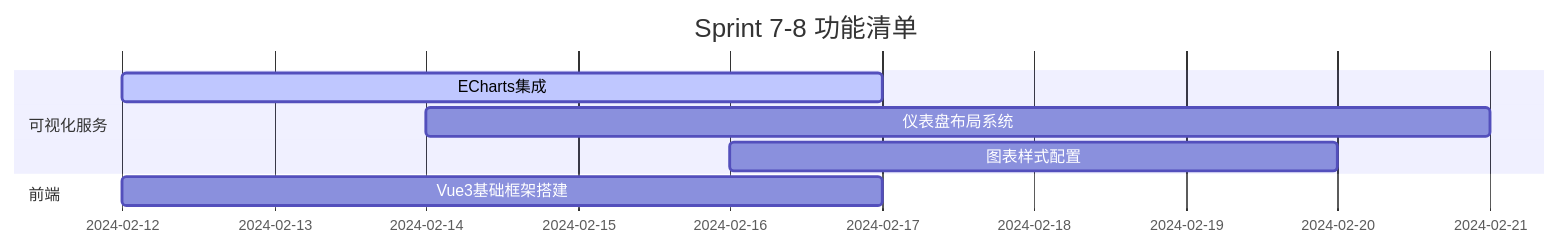
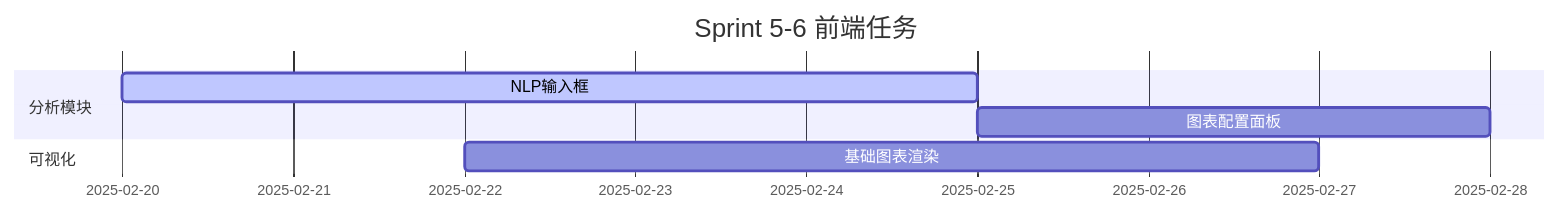
Before and after one commit to Hanekawa-00/Obsidian_Note: the sixth of 11 diagrams in MyProject/intelligent-bi-platform-microServices/My-plan.md, drawn with Mermaid. The commit also changed other lines of this file, not shown here.

````diff
--- a/MyProject/intelligent-bi-platform-microServices/My-plan.md
+++ b/MyProject/intelligent-bi-platform-microServices/My-plan.md
@@ -54,10 +161,9 @@
 ```mermaid
 gantt
-    title Sprint 7-8 功能清单
-    section 可视化服务
-    ECharts集成        :active, 2024-02-12, 5d
-    仪表盘布局系统      :2024-02-14, 7d
-    图表样式配置        :2024-02-16, 4d
-    section 前端
-    Vue3基础框架搭建   :2024-02-12, 5d
+    title Sprint 5-6 前端任务
+    section 分析模块
+    NLP输入框 :active, a1, 2025-02-20, 5d
+    图表配置面板 :a2, after a1, 3d
+    section 可视化
+    基础图表渲染 :a3, 2025-02-22, 5d
 ```
````
